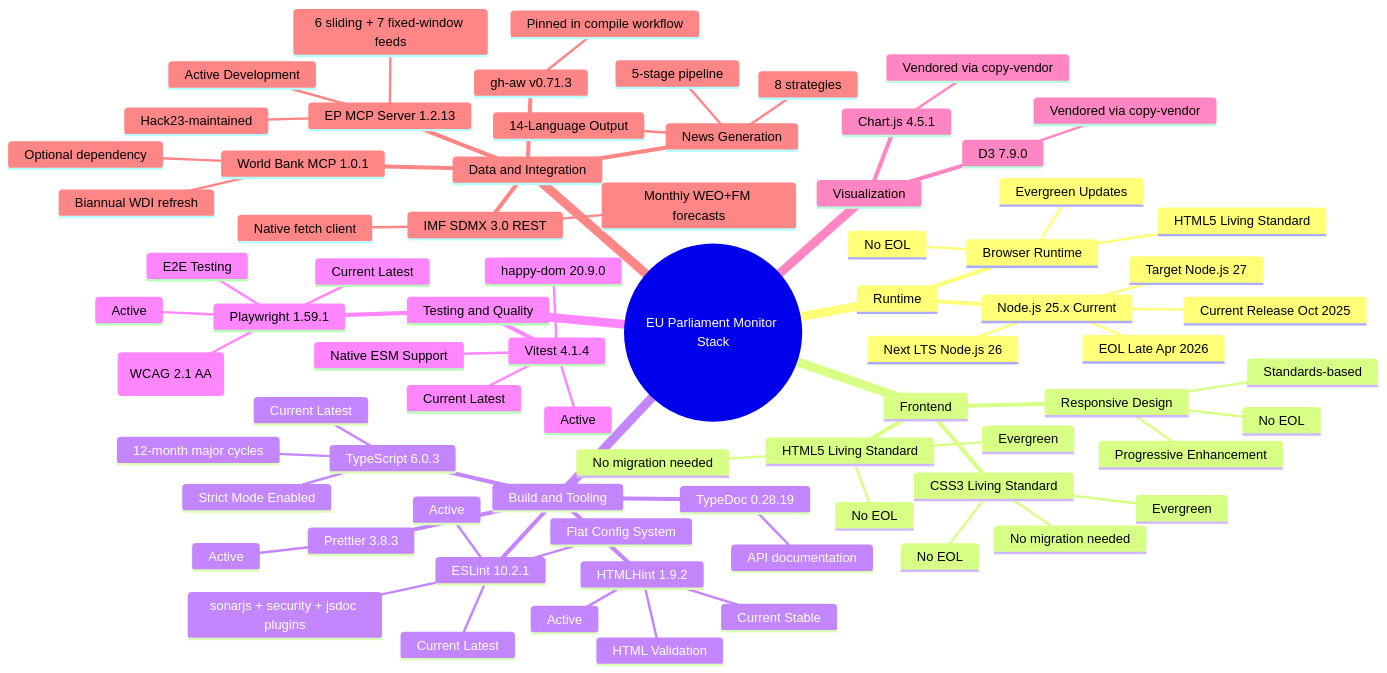
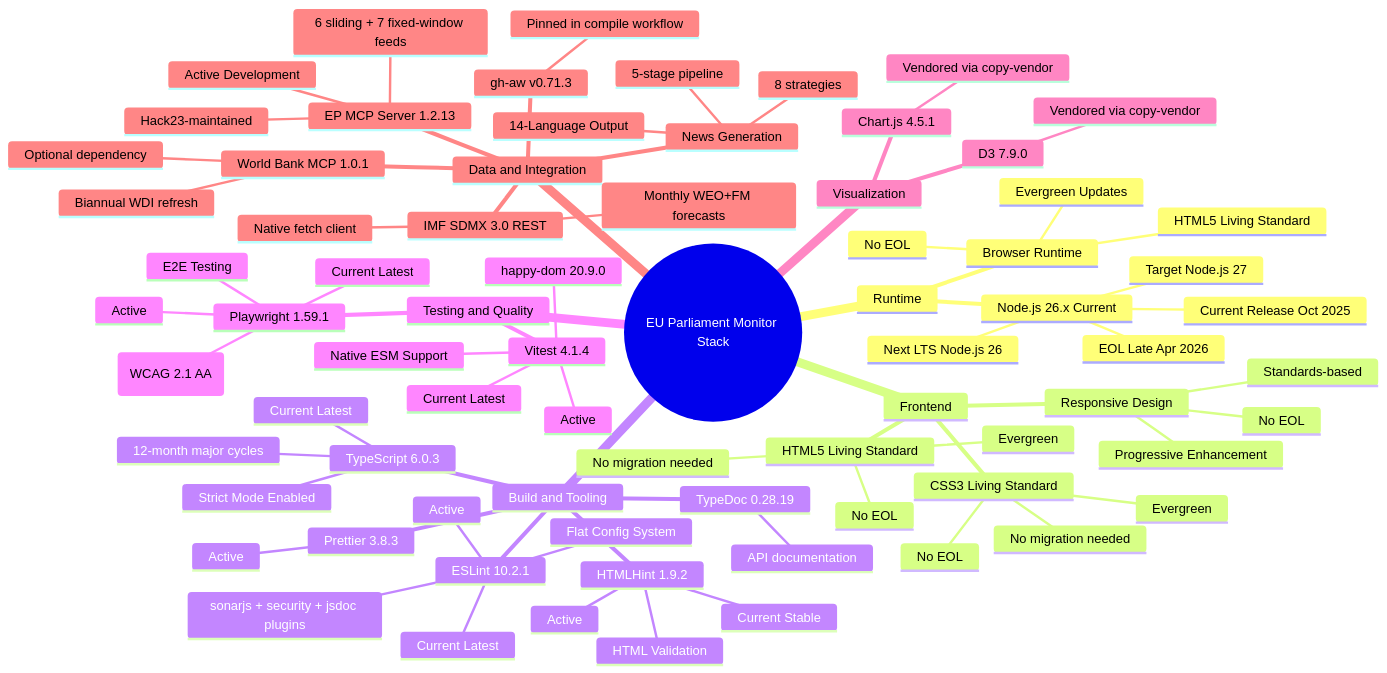
The first of 6 diagrams in docs/api/media/End-of-Life-Strategy.md (Hack23/euparliamentmonitor), drawn with Mermaid before and after one commit. The commit also changed other lines of this file and 99 other files, not shown here.

````diff
--- a/docs/api/media/End-of-Life-Strategy.md
+++ b/docs/api/media/End-of-Life-Strategy.md
@@ -88,78 +88,78 @@
 ```mermaid
 mindmap
   root((EU Parliament Monitor Stack))
     Runtime
-      Node.js 25.x Current
+      Node.js 26.x Current
         Current Release Oct 2025
         EOL Late Apr 2026
         Next LTS Node.js 26
         Target Node.js 27
       Browser Runtime
         Evergreen Updates
         No EOL
         HTML5 Living Standard
     Frontend
       HTML5 Living Standard
         Evergreen
         No EOL
         No migration needed
       CSS3 Living Standard
         Evergreen
         No EOL
         No migration needed
       Responsive Design
         Standards-based
         No EOL
         Progressive Enhancement
     Build and Tooling
       TypeScript 6.0.3
         Current Latest
         12-month major cycles
         Strict Mode Enabled
       ESLint 10.2.1
         Current Latest
         Active
         Flat Config System
         sonarjs + security + jsdoc plugins
       HTMLHint 1.9.2
         Current Stable
         Active
         HTML Validation
       Prettier 3.8.3
         Active
       TypeDoc 0.28.19
         API documentation
     Testing and Quality
       Vitest 4.1.4
         Current Latest
         Active
         Native ESM Support
         happy-dom 20.9.0
       Playwright 1.59.1
         Current Latest
         Active
         E2E Testing
         axe-core 4.11.2 (WCAG 2.1 AA)
     Visualization
       Chart.js 4.5.1
         Vendored via copy-vendor
       D3 7.9.0
         Vendored via copy-vendor
     Data and Integration
       EP MCP Server 1.2.13
         Active Development
         Hack23-maintained
         6 sliding + 7 fixed-window feeds
       World Bank MCP 1.0.1
         Optional dependency
         Biannual WDI refresh
       IMF SDMX 3.0 REST
         Native fetch client
         Monthly WEO+FM forecasts
       gh-aw v0.71.3
         Pinned in compile workflow
       News Generation
         5-stage pipeline
         8 strategies
         14-Language Output
 ```
````
